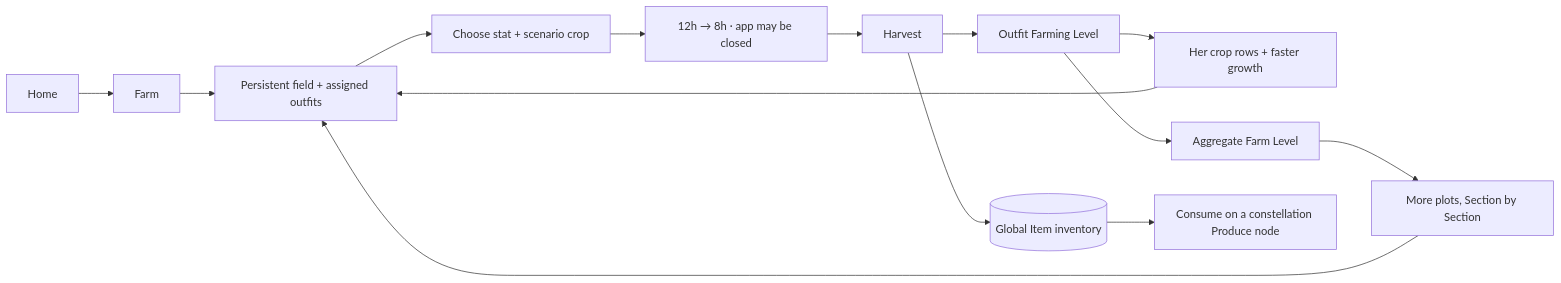
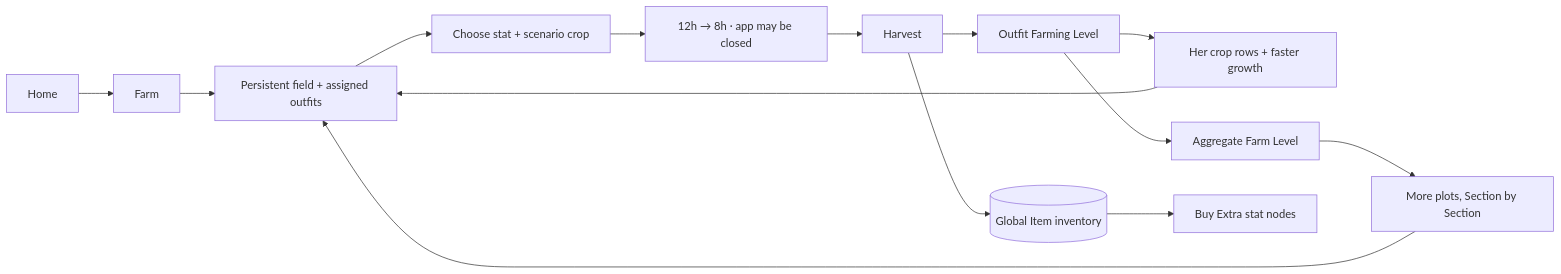
One commit to luismlorenzana/uma-racer changed the diagram in docs/design/farm.md. Above: the diagram before and after it, drawn with Mermaid. The commit also changed other lines of this file and 51 other files, not shown here.

First line of the commit message:
feat(training): Extra stats grid bought with Farm crops; Training Levels open card nodes only (D235)

````diff
--- a/docs/design/farm.md
+++ b/docs/design/farm.md
@@ -19,16 +19,16 @@
 ```mermaid
 flowchart LR
     Home --> Farm
     Farm --> Field[Persistent field + assigned outfits]
     Field --> Plant[Choose stat + scenario crop]
     Plant --> Wait[12h → 8h · app may be closed]
     Wait --> Harvest
     Harvest --> Outfit[Outfit Farming Level]
     Outfit --> Rows[Her crop rows + faster growth]
     Rows --> Field
     Outfit --> Account[Aggregate Farm Level]
     Account --> Unlock[More plots, Section by Section]
     Unlock --> Field
     Harvest --> Items[(Global Item inventory)]
-    Items --> Produce[Consume on a constellation Produce node]
+    Items --> Extra[Buy Extra stat nodes]
 ```
````
